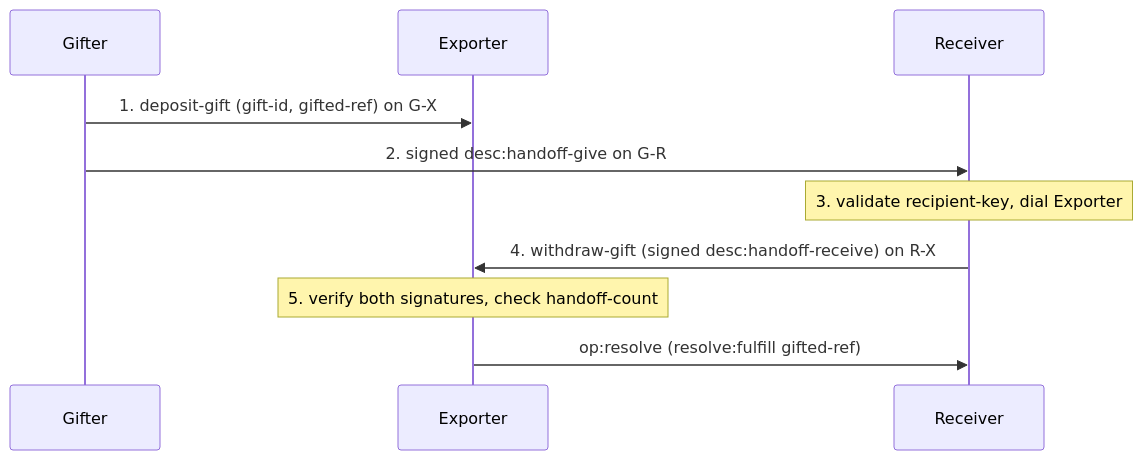
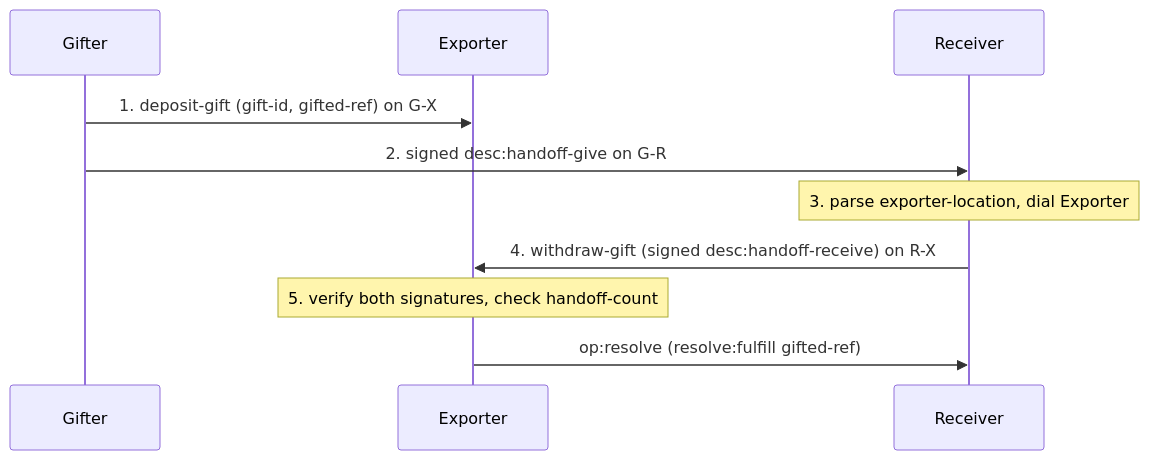
Before and after one commit to glowcap-org/glowcap: the second of 8 diagrams in docs/protocol-diagrams/06-handoffs.md, drawn with Mermaid. The commit also changed other lines of this file and 419 other files, not shown here.

````diff
--- a/docs/protocol-diagrams/06-handoffs.md
+++ b/docs/protocol-diagrams/06-handoffs.md
@@ -28,12 +29,12 @@
 ```mermaid
 sequenceDiagram
     participant G as Gifter
     participant X as Exporter
     participant R as Receiver
     G->>X: 1. deposit-gift (gift-id, gifted-ref) on G-X
     G->>R: 2. signed desc:handoff-give on G-R
-    Note over R: 3. validate recipient-key, dial Exporter
+    Note over R: 3. parse exporter-location, dial Exporter
     R->>X: 4. withdraw-gift (signed desc:handoff-receive) on R-X
     Note over X: 5. verify both signatures, check handoff-count
     X->>R: op:resolve (resolve:fulfill gifted-ref)
 ```
````
